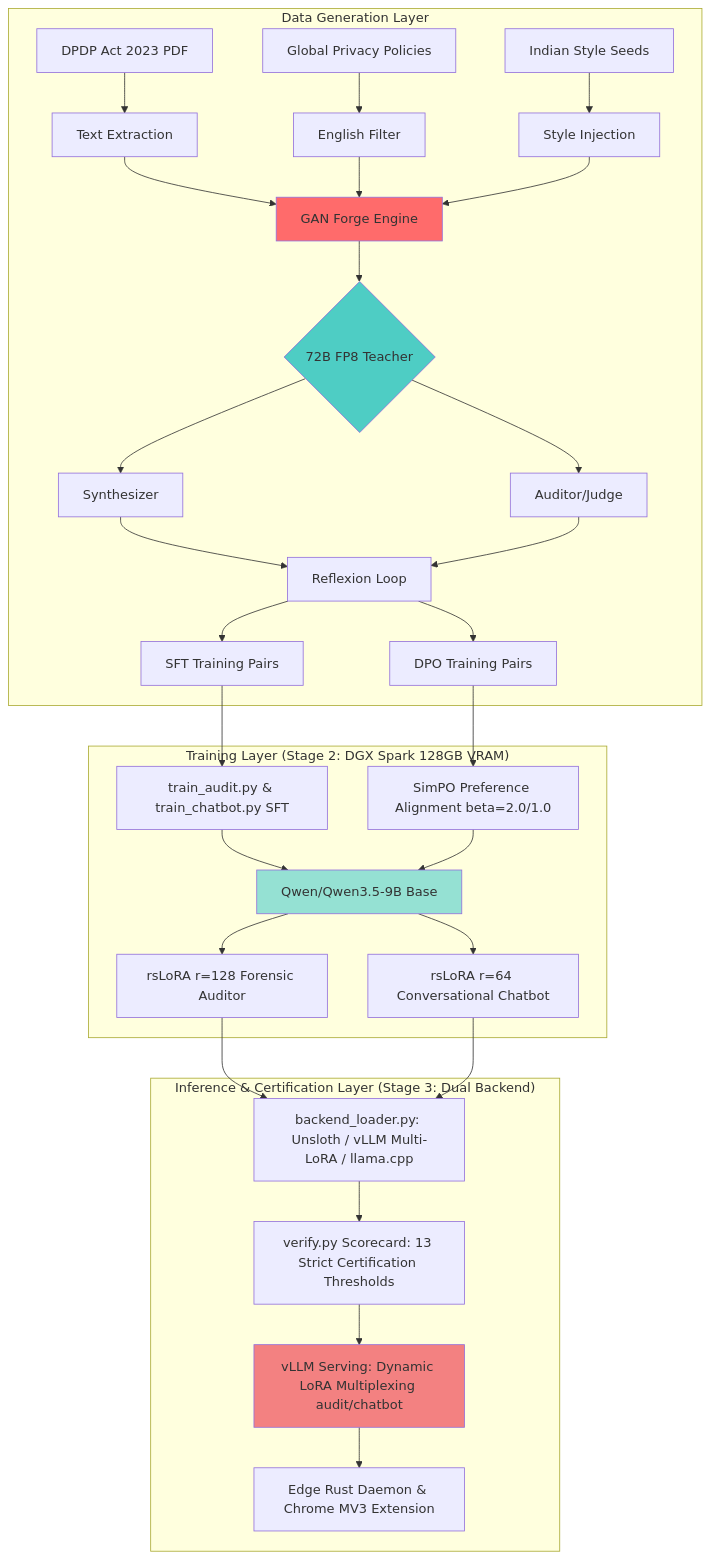
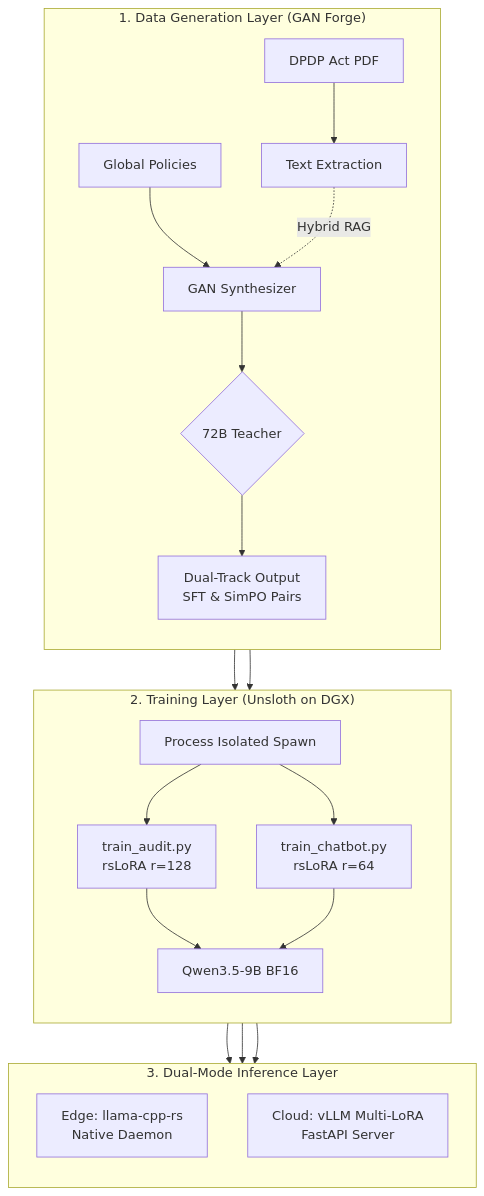
One commit to priyanshu-ogdev/Ssense changed the first of 2 diagrams in docs/ARCHITECTURE.md. Above: the diagram before and after it, drawn with Mermaid. The commit also changed other lines of this file and 56 other files, not shown here.

Commit message:
fix: started gan loop, upgraded slm server

````diff
--- a/docs/ARCHITECTURE.md
+++ b/docs/ARCHITECTURE.md
@@ -14,40 +13,28 @@
 ```mermaid
 graph TB
-    subgraph "Data Generation Layer"
-        A[DPDP Act 2023 PDF] --> B[Text Extraction]
-        C[Global Privacy Policies] --> D[English Filter]
-        E[Indian Style Seeds] --> F[Style Injection]
-        B --> G[GAN Forge Engine]
-        D --> G
-        F --> G
-        G --> H{72B FP8 Teacher}
-        H --> I[Synthesizer]
-        H --> J[Auditor/Judge]
-        I --> K[Reflexion Loop]
-        J --> K
-        K --> L[SFT Training Pairs]
-        K --> M[DPO Training Pairs]
+    subgraph DataForge["1. Data Generation Layer (GAN Forge)"]
+        direction TB
+        A[DPDP Act PDF] --> B[Text Extraction]
+        C[Global Policies] --> D[GAN Synthesizer]
+        B -. Hybrid RAG .-> D
+        D --> E{72B Teacher}
+        E --> F[Dual-Track Output<br>SFT & SimPO Pairs]
     end
     
-    subgraph "Training Layer (Stage 2: DGX Spark 128GB VRAM)"
-        L --> N[train_audit.py & train_chatbot.py SFT]
-        M --> O[SimPO Preference Alignment beta=2.0/1.0]
-        N --> P[Qwen/Qwen3.5-9B Base]
-        O --> P
-        P --> Q1[rsLoRA r=128 Forensic Auditor]
-        P --> Q2[rsLoRA r=64 Conversational Chatbot]
+    subgraph Training["2. Training Layer (Unsloth on DGX)"]
+        direction TB
+        F --> G[Process Isolated Spawn]
+        G --> H[train_audit.py<br>rsLoRA r=128]
+        G --> I[train_chatbot.py<br>rsLoRA r=64]
+        H & I --> J[Qwen3.5-9B BF16]
     end
     
-    subgraph "Inference & Certification Layer (Stage 3: Dual Backend)"
-        Q1 --> R[backend_loader.py: Unsloth / vLLM Multi-LoRA / llama.cpp]
-        Q2 --> R
-        R --> S[verify.py Scorecard: 13 Strict Certification Thresholds]
-        S --> T[vLLM Serving: Dynamic LoRA Multiplexing audit/chatbot]
-        T --> U[Edge Rust Daemon & Chrome MV3 Extension]
+    subgraph Inference["3. Dual-Mode Inference Layer"]
+        direction TB
+        J --> K[Edge: llama-cpp-rs<br>Native Daemon]
+        J --> L[Cloud: vLLM Multi-LoRA<br>FastAPI Server]
     end
-    
-    style G fill:#ff6b6b
-    style H fill:#4ecdc4
-    style P fill:#95e1d3
-    style T fill:#f38181
+
+    DataForge --> Training
+    Training --> Inference
 ```
````
